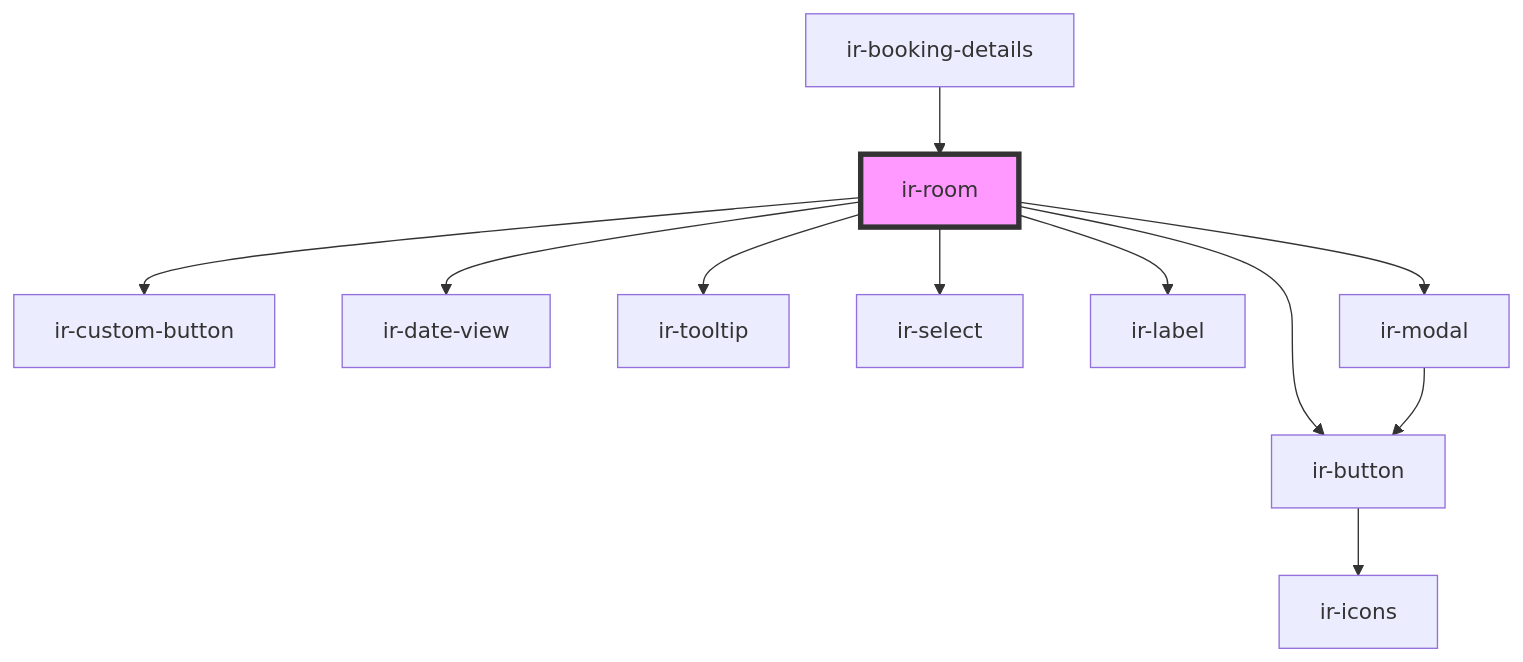
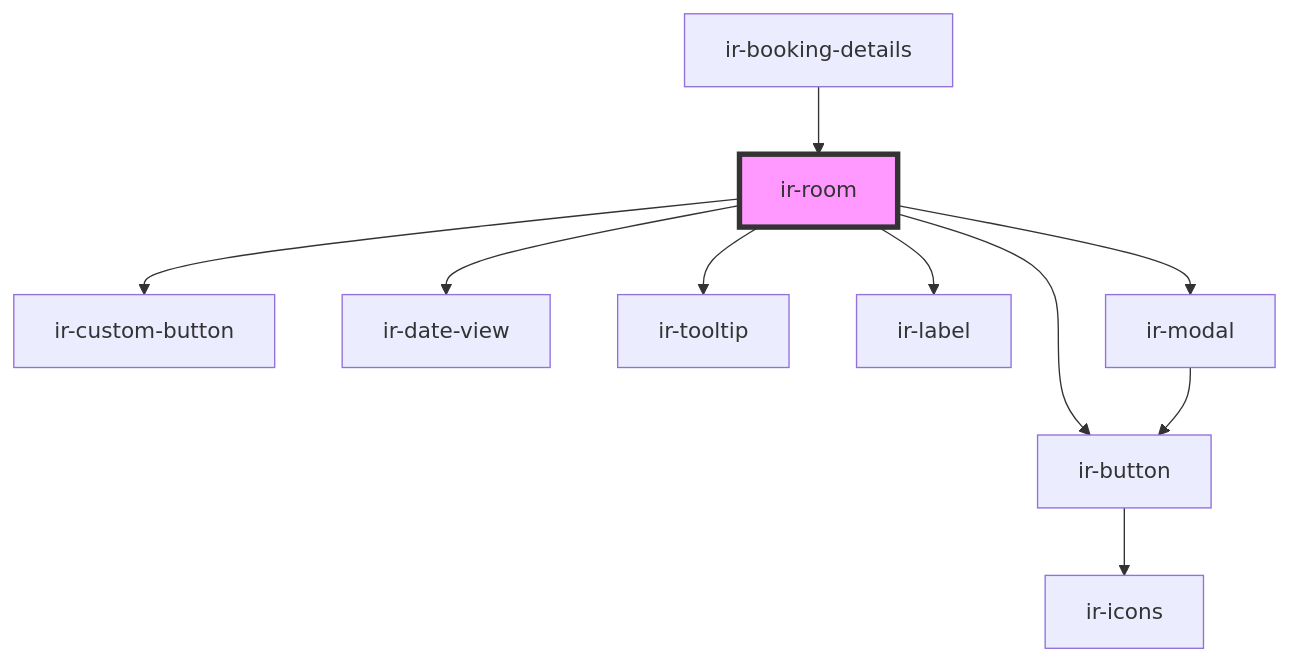
The diagram in src/components/ir-booking-details/ir-room/readme.md (David1Chowaifaty/modified-ir-webcmp), drawn with Mermaid before and after one commit. The commit also changed other lines of this file and 25 other files, not shown here.

````diff
--- a/src/components/ir-booking-details/ir-room/readme.md
+++ b/src/components/ir-booking-details/ir-room/readme.md
@@ -63,14 +62,13 @@
 ```mermaid
 graph TD;
   ir-room --> ir-custom-button
   ir-room --> ir-date-view
   ir-room --> ir-tooltip
   ir-room --> ir-button
-  ir-room --> ir-select
   ir-room --> ir-label
   ir-room --> ir-modal
   ir-button --> ir-icons
   ir-modal --> ir-button
   ir-booking-details --> ir-room
   style ir-room fill:#f9f,stroke:#333,stroke-width:4px
 ```
````
